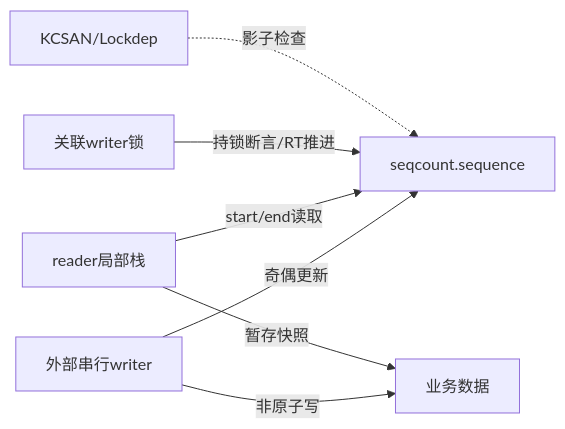
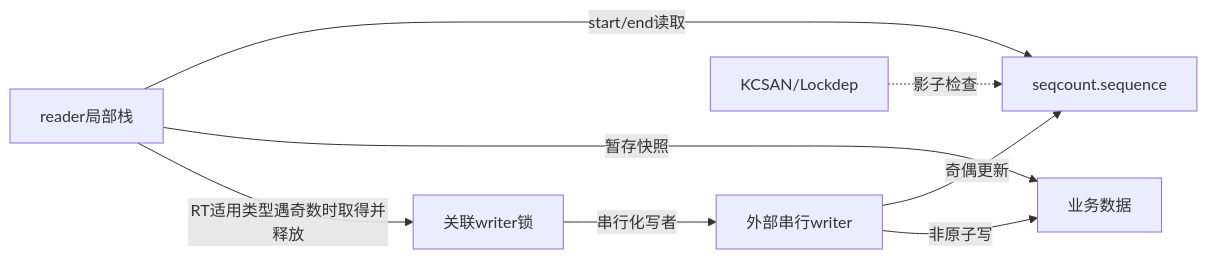
Before and after one commit to FormingSystem/linux_note: the diagram in research/source_reading/sequence_counters/navigation/P01_Linux_6.12_序列计数器源码总阅读索引.md, drawn with Mermaid. The commit also changed other lines of this file and 11 other files, not shown here.

````diff
--- a/research/source_reading/sequence_counters/navigation/P01_Linux_6.12_序列计数器源码总阅读索引.md
+++ b/research/source_reading/sequence_counters/navigation/P01_Linux_6.12_序列计数器源码总阅读索引.md
@@ -34,9 +38,10 @@
 ```mermaid
 flowchart LR
     W["外部串行writer"] -->|"奇偶更新"| S["seqcount.sequence"]
     W -->|"非原子写"| D["业务数据"]
     R["reader局部栈"] -->|"start/end读取"| S
     R -->|"暂存快照"| D
-    L["关联writer锁"] -->|"持锁断言/RT推进"| S
+    L["关联writer锁"] -->|"串行化写者"| W
+    R -->|"RT适用类型遇奇数时取得并释放"| L
     K["KCSAN/Lockdep"] -.->|"影子检查"| S
 ```
````
